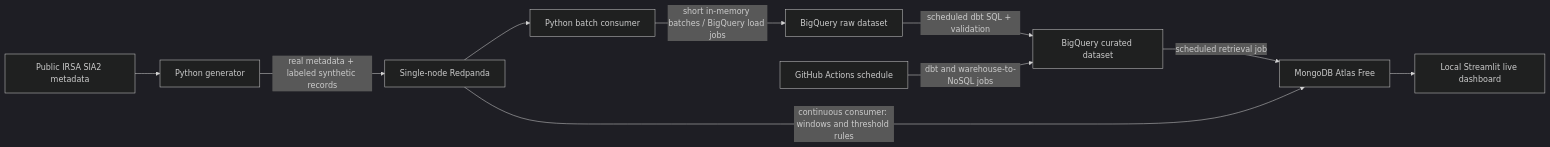
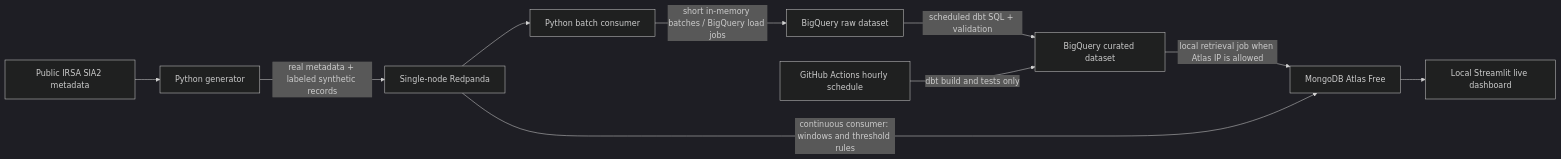
The diagram in docs/PROPOSAL.md (chaithanyabs441-ux/cosmic-eye-telemetry-pipeline), drawn with Mermaid (dark theme) before and after one commit. The commit also changed other lines of this file and 9 other files, not shown here.

````diff
--- a/docs/PROPOSAL.md
+++ b/docs/PROPOSAL.md
@@ -18,12 +19,12 @@
 ```mermaid
 flowchart LR
     IRSA[Public IRSA SIA2 metadata] --> GEN[Python generator]
     GEN -->|real metadata + labeled synthetic records| BUS[Single-node Redpanda]
     BUS --> INGEST[Python batch consumer]
     INGEST -->|short in-memory batches / BigQuery load jobs| RAW[BigQuery raw dataset]
     RAW -->|scheduled dbt SQL + validation| CUR[BigQuery curated dataset]
-    CUR -->|scheduled retrieval job| MONGO[MongoDB Atlas Free]
+    CUR -->|local retrieval job when Atlas IP is allowed| MONGO[MongoDB Atlas Free]
     BUS -->|continuous consumer: windows and threshold rules| MONGO
     MONGO --> DASH[Local Streamlit live dashboard]
-    GH[GitHub Actions schedule] -->|dbt and warehouse-to-NoSQL jobs| CUR
+    GH[GitHub Actions hourly schedule] -->|dbt build and tests only| CUR
 ```
````
